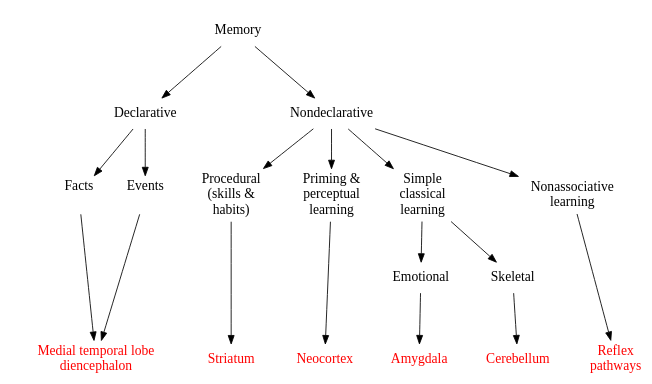
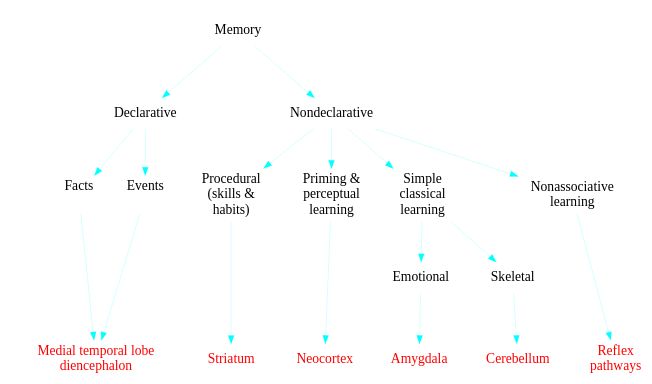
The diagram in not_R/long-term-mem.dot (Derek-Jones/ESEUR-code-data), drawn with Graphviz before and after one commit. The commit also changed 145 other files, not shown here.

```diff
--- a/not_R/long-term-mem.dot
+++ b/not_R/long-term-mem.dot
@@ -1,84 +1,86 @@
                     /* long-term-mem.dot, 27 Oct 16 */
 
 /*
  * Inspired/modeled on:
  * Figure 1 from
  * Conscious and Unconscious Memory Systems
  * Larry R. Squire and Adam J. O. Dede
 */
 
 digraph G {
 
    nojustify=true;
    ranksep = equally ;
    arrowsize=0.4;
    size = "3.5,2.0";
    ratio = fill;
    dpi=100;
    {
    node [color = white, shape = plaintext, fontsize = 16];
 /*   rankdir = TB;  */
+
+   edge [fontsize = 14, penwidth=0.2, color="cyan"];
 
 Memory -> Declarative;
 Memory -> Nondeclarative;
 
 Declarative -> Facts;
 Declarative -> Events;
 
 Facts -> Medial_tld
 Events -> Medial_tld
 
 Nondeclarative -> Procedural;
 Nondeclarative -> Priming;
 Nondeclarative -> Simple_classical_conditioning;
 Nondeclarative -> Nonassociative_learning;
 
 Simple_classical_conditioning -> Emotional;
 Simple_classical_conditioning -> Skeletal;
 
 Procedural -> Striatum;
 Priming -> Neocortex;
 Emotional -> Amygdala;
 Skeletal -> Cerebellum;
 
 Nonassociative_learning -> Reflex;
 
    }
 
    node[color=white, shape = plaintext, fontsize=16];
    nodesep=0.15;
    minlen=0.2;
 
    edge[dir=forward];
 /*   rankdir = LR; */
 
 
    {rank = same;
 	Declarative;
 	Nondeclarative;
    }
 
    {rank = same;
 	 Facts[label="Facts\n\n"];
 	 Events[label="Events\n\n"];
 	 Procedural[label="Procedural\n(skills &\nhabits)"];
 	 Priming[label="Priming &\nperceptual\nlearning"];
 	 Simple_classical_conditioning[label="Simple\nclassical\nlearning"];
 	 Nonassociative_learning[label="Nonassociative\nlearning\n"];
    }
 
    {rank = same;
 	Emotional;
 	Skeletal;
    }
 
    {rank = same;
 	 Medial_tld[label="Medial temporal lobe\ndiencephalon"; fontcolor="red"];
 	 Striatum[fontcolor="red"];
 	 Neocortex[fontcolor="red"];
 	 Amygdala[fontcolor="red"];
 	 Cerebellum[fontcolor="red"];
 	 Reflex[label="Reflex\npathways"; fontcolor="red"];
    }
 
 }
```
